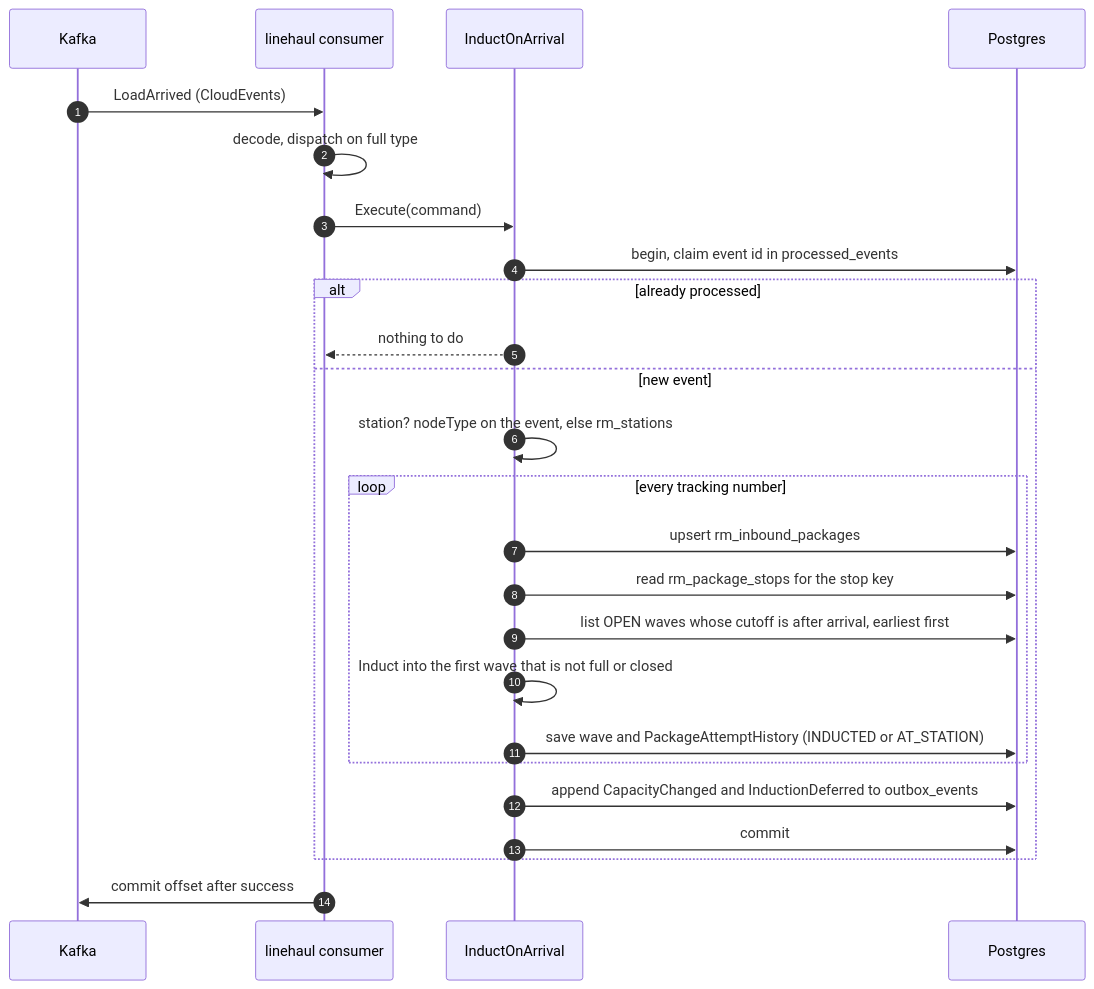
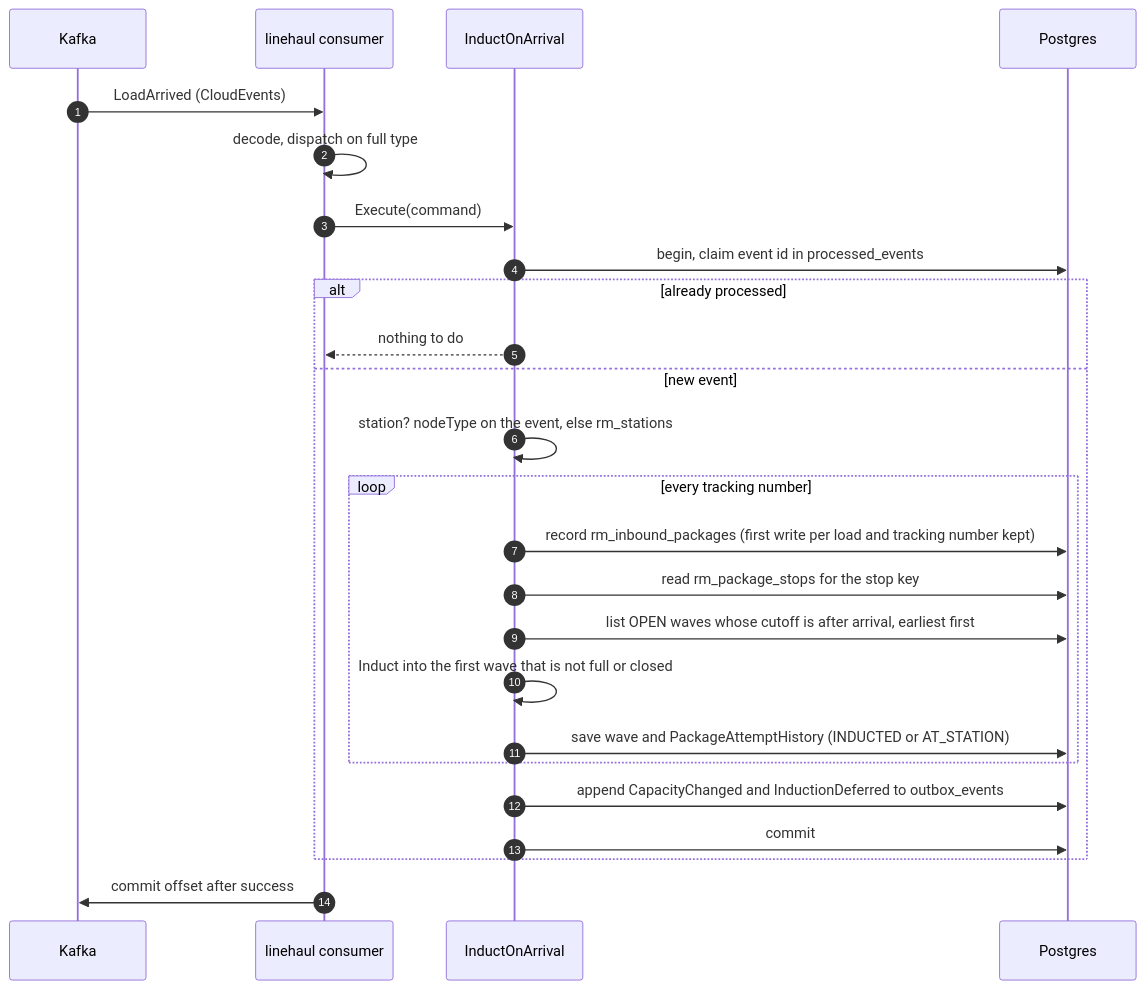
One commit to IQVO/last-mile-delivery changed the second of 6 diagrams in docs/docs/ddd/sequence-diagrams.md. Above: the diagram before and after it, drawn with Mermaid. The commit also changed 4 other files, not shown here.

Commit message:
docs: refresh the godog counts, read-model writes keep the first write, second cancel of a wave is 409

````diff
--- a/docs/docs/ddd/sequence-diagrams.md
+++ b/docs/docs/ddd/sequence-diagrams.md
@@ -53,27 +53,27 @@
 ```mermaid
 sequenceDiagram
     autonumber
     participant Kafka
     participant C as linehaul consumer
     participant UC as InductOnArrival
     participant DB as Postgres
     Kafka->>C: LoadArrived (CloudEvents)
     C->>C: decode, dispatch on full type
     C->>UC: Execute(command)
     UC->>DB: begin, claim event id in processed_events
     alt already processed
         UC-->>C: nothing to do
     else new event
         UC->>UC: station? nodeType on the event, else rm_stations
         loop every tracking number
-            UC->>DB: upsert rm_inbound_packages
+            UC->>DB: record rm_inbound_packages (first write per load and tracking number kept)
             UC->>DB: read rm_package_stops for the stop key
             UC->>DB: list OPEN waves whose cutoff is after arrival, earliest first
             UC->>UC: Induct into the first wave that is not full or closed
             UC->>DB: save wave and PackageAttemptHistory (INDUCTED or AT_STATION)
         end
         UC->>DB: append CapacityChanged and InductionDeferred to outbox_events
         UC->>DB: commit
     end
     C->>Kafka: commit offset after success
 ```
````
